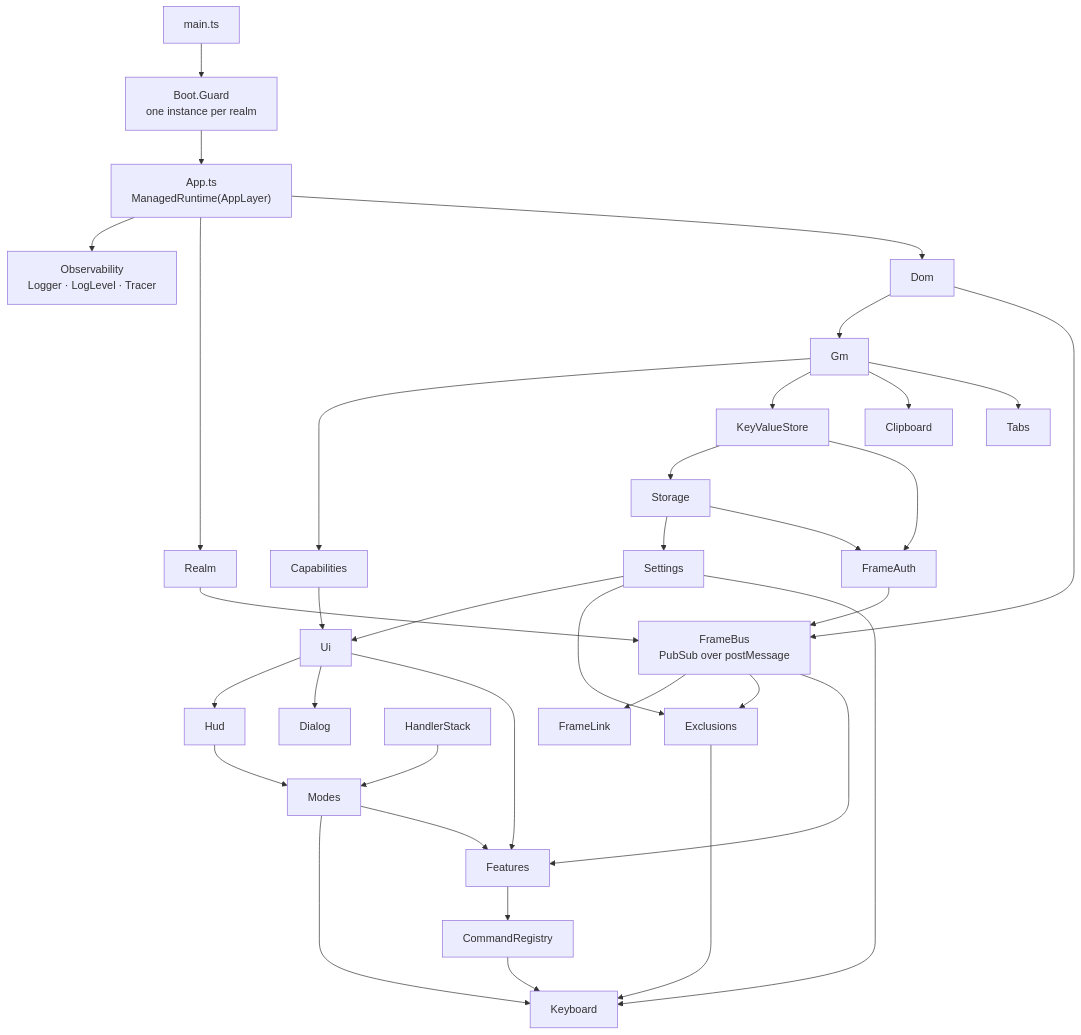
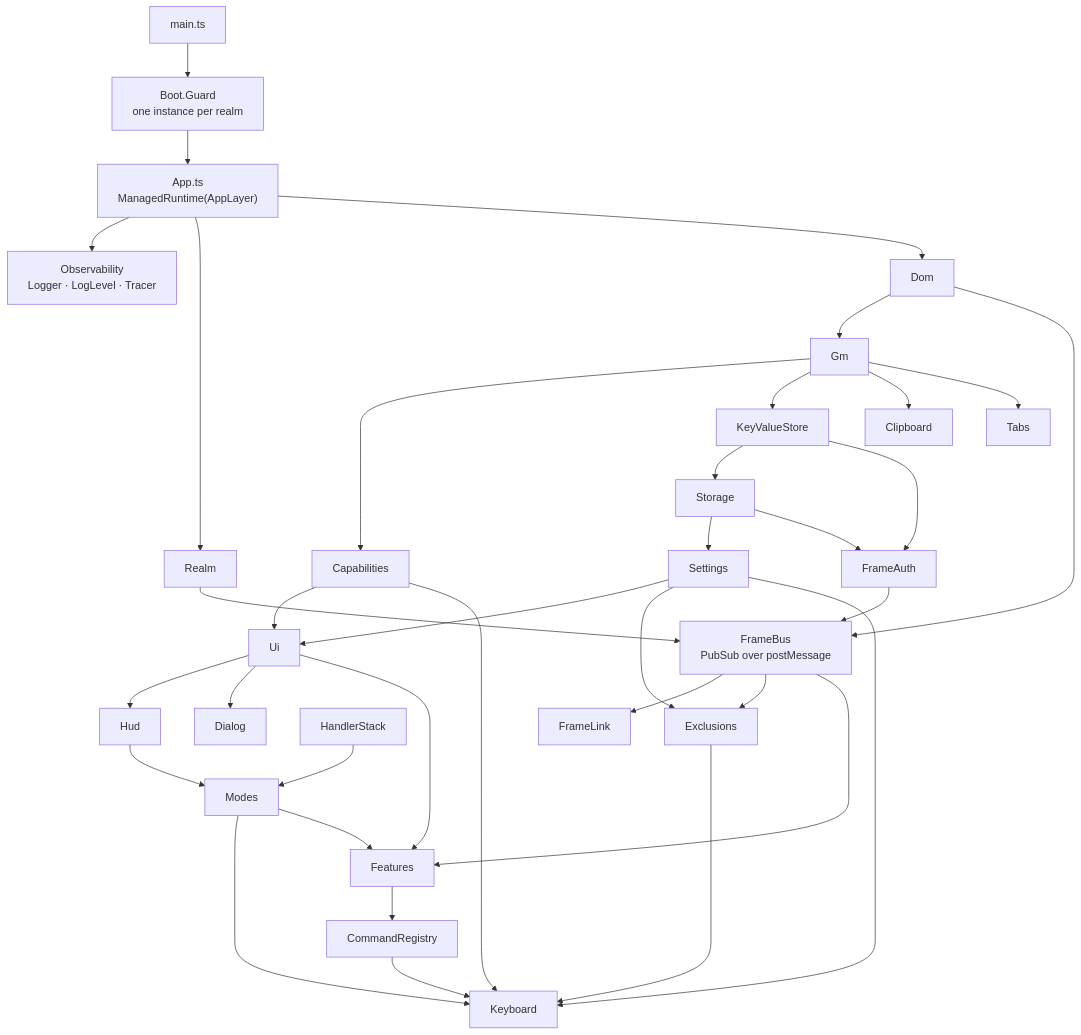
One commit to evanlouie/vimium-webkit changed the diagram in ARCHITECTURE.md. Above: the diagram before and after it, drawn with Mermaid. The commit also changed 1 other file, not shown here.

Commit message:
docs: say what an Option chord and a hint character do
The README now says that an Option chord names the key of your own layout, and
it gives the three limits of the rule. It also gives the rule for a hint
character, with a table of what is refused and why, and it says that a Turkish
user cannot use the whole Turkish alphabet.

The layer graph gains the edge from `Capabilities` to `Keyboard`.

````diff
--- a/ARCHITECTURE.md
+++ b/ARCHITECTURE.md
@@ -33,44 +33,45 @@
 ```mermaid
 flowchart TD
   Main["main.ts"] --> Guard["Boot.Guard<br/>one instance per realm"]
   Guard --> Runtime["App.ts<br/>ManagedRuntime(AppLayer)"]
 
   Runtime --> Obs["Observability<br/>Logger · LogLevel · Tracer"]
   Runtime --> Realm
   Runtime --> Dom
 
   Dom --> Gm
   Gm --> Caps["Capabilities"]
   Gm --> Kv["KeyValueStore"]
   Kv --> Storage
   Storage --> Settings
   Gm --> Clipboard
   Gm --> Tabs
 
   Dom --> Bus["FrameBus<br/>PubSub over postMessage"]
   Realm --> Bus
   Storage --> Auth["FrameAuth"] --> Bus
   Kv --> Auth
 
   Settings --> Ui
   Caps --> Ui
   Ui --> Hud
   Ui --> Dialog
 
   Hud --> Modes
   Stack["HandlerStack"] --> Modes
 
   Bus --> Link["FrameLink"]
   Bus --> Exclusions
   Settings --> Exclusions
 
   Registry["CommandRegistry"] --> Keyboard
   Modes --> Keyboard
   Exclusions --> Keyboard
   Settings --> Keyboard
+  Caps --> Keyboard
 
   Modes --> Features
   Ui --> Features
   Bus --> Features
   Features --> Registry
 ```
````
